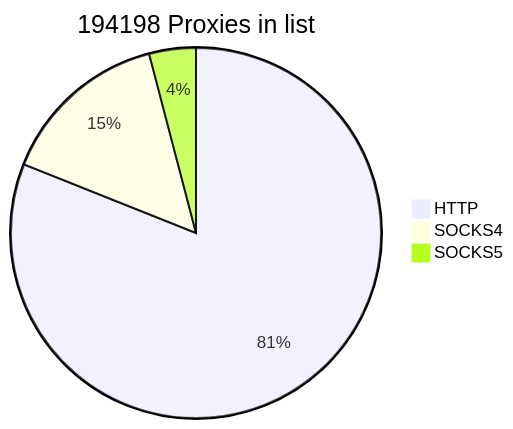
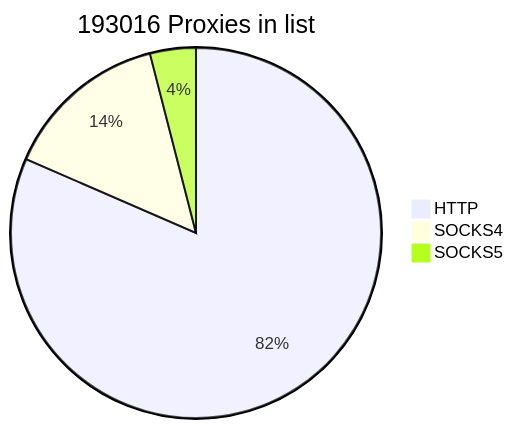
One commit to cutipu/proxylist changed the first of 2 diagrams in README.md. Above: the diagram before and after it, drawn with Mermaid. The commit also changed other lines of this file, not shown here.

````diff
--- a/README.md
+++ b/README.md
@@ -2,7 +2,7 @@
 ```mermaid
-pie title 194198 Proxies in list
-    "HTTP" : 157376
-    "SOCKS4" : 28904
-    "SOCKS5" : 7918
+pie title 193016 Proxies in list
+    "HTTP" : 157355
+    "SOCKS4" : 27934
+    "SOCKS5" : 7727
             
 ```
````
